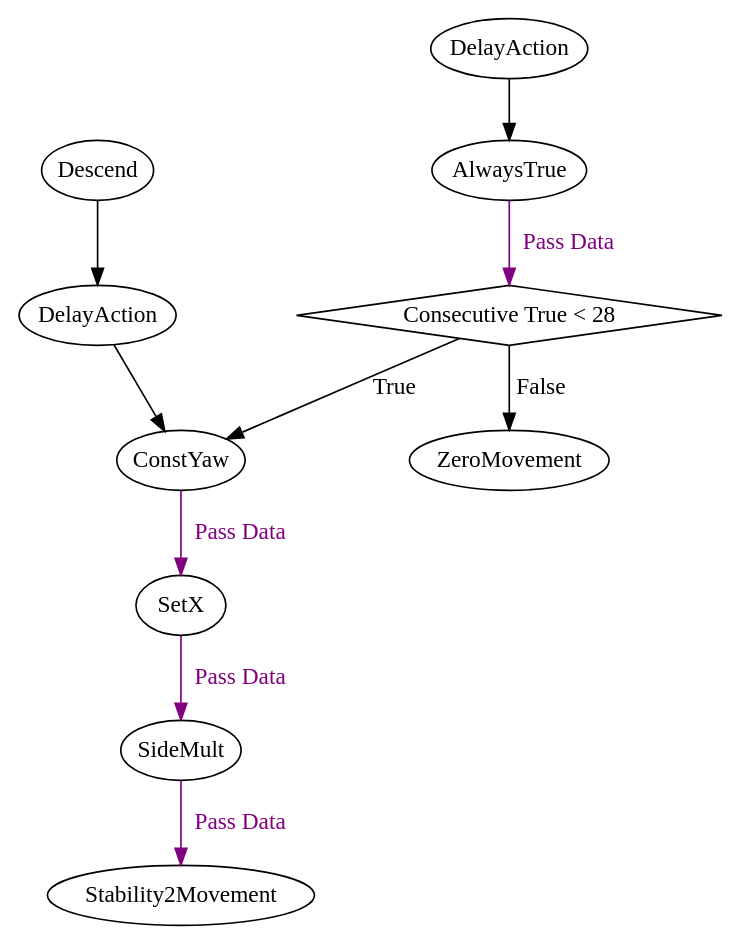
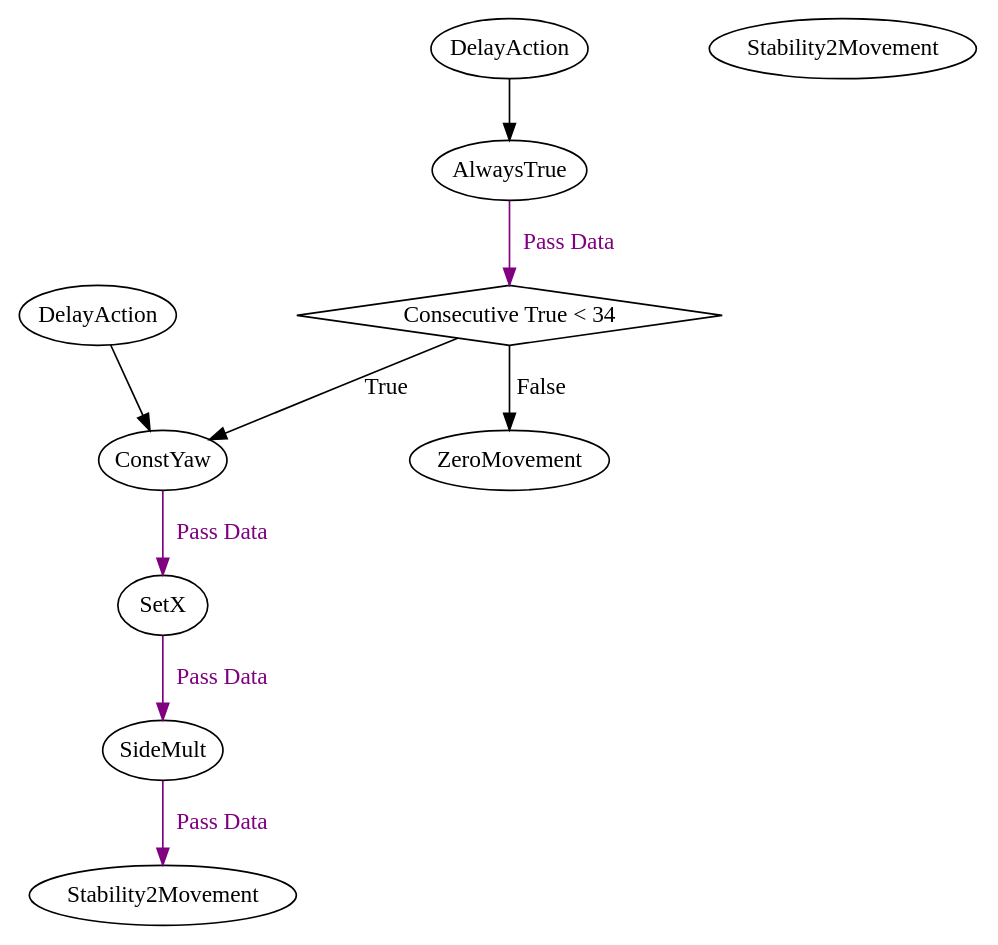
Before and after one commit to ncsurobotics/SW8S-Rust: the diagram in graphs/main/circle_buoy/buoy_circle_sequence_blind.dot, drawn with Graphviz. The commit also changed 25 other files, not shown here.

```diff
--- a/graphs/main/circle_buoy/buoy_circle_sequence_blind.dot
+++ b/graphs/main/circle_buoy/buoy_circle_sequence_blind.dot
@@ -1,25 +1,24 @@
 digraph G {
 	splines = true;
 	nodesep = 1.0;
 	bgcolor = "none"
-	"5744449e-d9ff-4244-aa12-d873afa727ba" [shape = diamond];
-	"094481f3-9c69-49f2-ab58-b8e52dc2bf9d" -> "bc496665-4187-4190-9e22-44990a1888d4" [color = purple, fontcolor = purple, label = "Pass Data"];
-	"e787beb5-692a-4c0d-8368-cd16b7d8a61b" -> "094481f3-9c69-49f2-ab58-b8e52dc2bf9d" [color = purple, fontcolor = purple, label = "Pass Data"];
-	"3b1a58a3-22bd-485d-a9ad-d72c7eb3f0b1" -> "e787beb5-692a-4c0d-8368-cd16b7d8a61b" [color = purple, fontcolor = purple, label = "Pass Data"];
-	"dcb44e94-1bdc-435d-a524-a0eeeb7a2565" -> "5744449e-d9ff-4244-aa12-d873afa727ba" [color = purple, fontcolor = purple, label = "Pass Data"];
-	"15bc4875-74f6-4aa1-86a7-1410beadb4ce" -> "dcb44e94-1bdc-435d-a524-a0eeeb7a2565" ;
-	"5744449e-d9ff-4244-aa12-d873afa727ba" -> "3b1a58a3-22bd-485d-a9ad-d72c7eb3f0b1" [label = "True"];
-	"5744449e-d9ff-4244-aa12-d873afa727ba" -> "84ba3c81-646f-42aa-a813-cba17219ad14" [label = "False"];
-	"ba616f5d-a1f7-4f3b-9f37-641dfa63f4af" -> "3b1a58a3-22bd-485d-a9ad-d72c7eb3f0b1" ;
-	"f8f77da5-7d8b-4160-95f8-7091699dde9d" -> "ba616f5d-a1f7-4f3b-9f37-641dfa63f4af" ;
-	"f8f77da5-7d8b-4160-95f8-7091699dde9d" [label = "Descend", margin = 0];
-	"ba616f5d-a1f7-4f3b-9f37-641dfa63f4af" [label = "DelayAction", margin = 0];
-	"3b1a58a3-22bd-485d-a9ad-d72c7eb3f0b1" [label = "ConstYaw", margin = 0];
-	"e787beb5-692a-4c0d-8368-cd16b7d8a61b" [label = "SetX", margin = 0];
-	"094481f3-9c69-49f2-ab58-b8e52dc2bf9d" [label = "SideMult", margin = 0];
-	"bc496665-4187-4190-9e22-44990a1888d4" [label = "Stability2Movement", margin = 0];
-	"15bc4875-74f6-4aa1-86a7-1410beadb4ce" [label = "DelayAction", margin = 0];
-	"dcb44e94-1bdc-435d-a524-a0eeeb7a2565" [label = "AlwaysTrue", margin = 0];
-	"5744449e-d9ff-4244-aa12-d873afa727ba" [label = "Consecutive True < 28", margin = 0];
-	"84ba3c81-646f-42aa-a813-cba17219ad14" [label = "ZeroMovement", margin = 0];
+	"15f41182-cdcd-48e6-a80a-27d3dea293b8" [shape = diamond];
+	"fa5c2f17-08a7-4a2a-ae81-90e50707b710" -> "3d94523e-e0b2-44b4-86f0-f53f5a09c753" [color = purple, fontcolor = purple, label = "Pass Data"];
+	"8d5804db-5888-48bc-867d-44ceece4e1c2" -> "fa5c2f17-08a7-4a2a-ae81-90e50707b710" [color = purple, fontcolor = purple, label = "Pass Data"];
+	"64ac5a37-bea3-4ccc-b218-6a4e5777cbb6" -> "8d5804db-5888-48bc-867d-44ceece4e1c2" [color = purple, fontcolor = purple, label = "Pass Data"];
+	"0daa726f-8d59-4eda-833b-8edba9cc71a9" -> "15f41182-cdcd-48e6-a80a-27d3dea293b8" [color = purple, fontcolor = purple, label = "Pass Data"];
+	"4eac8aa4-0218-4016-bcbc-1533d89eb996" -> "0daa726f-8d59-4eda-833b-8edba9cc71a9" ;
+	"15f41182-cdcd-48e6-a80a-27d3dea293b8" -> "64ac5a37-bea3-4ccc-b218-6a4e5777cbb6" [label = "True"];
+	"15f41182-cdcd-48e6-a80a-27d3dea293b8" -> "1277cd92-0327-41b8-a5e9-d2a11df8e56f" [label = "False"];
+	"d6449cf8-bd63-45cb-bb9f-796a397323f2" -> "64ac5a37-bea3-4ccc-b218-6a4e5777cbb6" ;
+	"fa326871-c9d5-4eea-9bdd-3be6839e794a" [label = "Stability2Movement", margin = 0];
+	"d6449cf8-bd63-45cb-bb9f-796a397323f2" [label = "DelayAction", margin = 0];
+	"64ac5a37-bea3-4ccc-b218-6a4e5777cbb6" [label = "ConstYaw", margin = 0];
+	"8d5804db-5888-48bc-867d-44ceece4e1c2" [label = "SetX", margin = 0];
+	"fa5c2f17-08a7-4a2a-ae81-90e50707b710" [label = "SideMult", margin = 0];
+	"3d94523e-e0b2-44b4-86f0-f53f5a09c753" [label = "Stability2Movement", margin = 0];
+	"4eac8aa4-0218-4016-bcbc-1533d89eb996" [label = "DelayAction", margin = 0];
+	"0daa726f-8d59-4eda-833b-8edba9cc71a9" [label = "AlwaysTrue", margin = 0];
+	"15f41182-cdcd-48e6-a80a-27d3dea293b8" [label = "Consecutive True < 34", margin = 0];
+	"1277cd92-0327-41b8-a5e9-d2a11df8e56f" [label = "ZeroMovement", margin = 0];
 }
```
